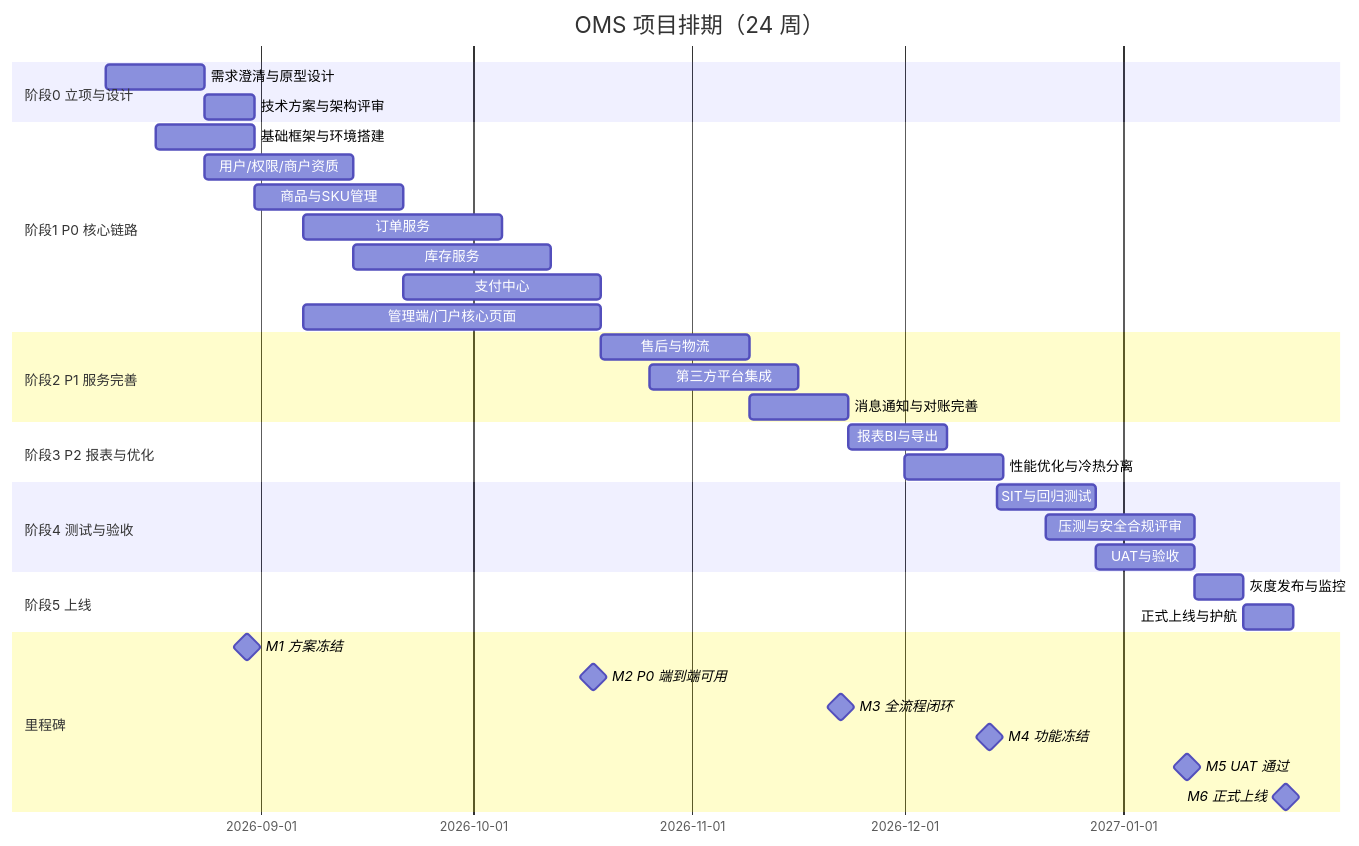
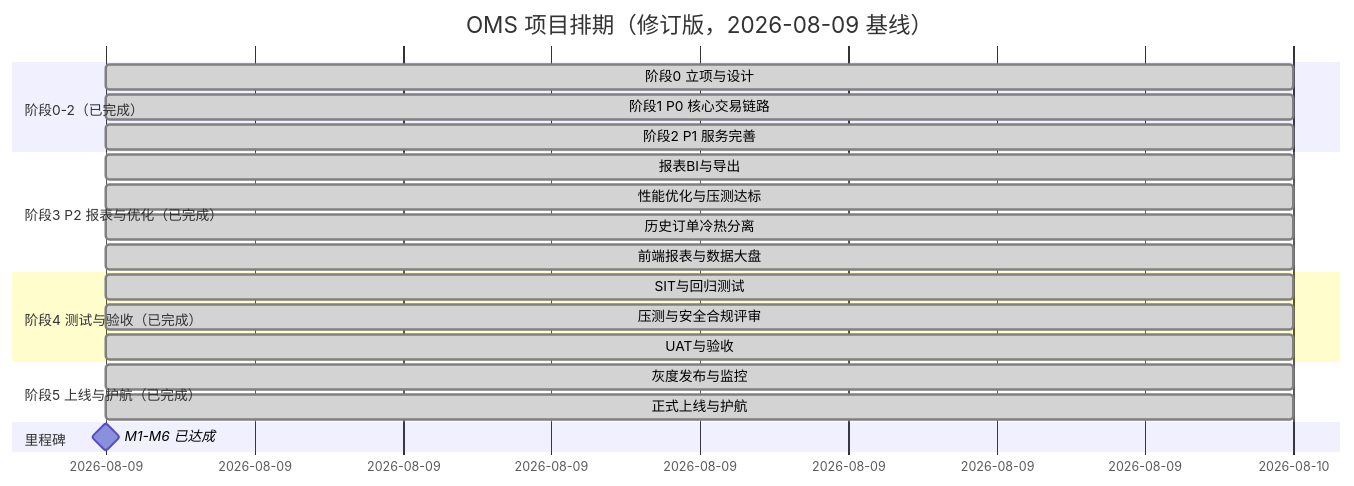
The diagram in SCHEDULE.md (SRLove-git/oms), drawn with Mermaid before and after one commit. The commit also changed other lines of this file and 102 other files, not shown here.

````diff
--- a/SCHEDULE.md
+++ b/SCHEDULE.md
@@ -7,37 +7,23 @@
 ```mermaid
 gantt
-    title OMS 项目排期（24 周）
+    title OMS 项目排期（修订版，2026-08-09 基线）
     dateFormat YYYY-MM-DD
-    section 阶段0 立项与设计
-    需求澄清与原型设计          :s0a, 2026-08-10, 14d
-    技术方案与架构评审          :s0b, after s0a, 7d
-    section 阶段1 P0 核心链路
-    基础框架与环境搭建          :s1a, 2026-08-17, 14d
-    用户/权限/商户资质         :s1b, 2026-08-24, 21d
-    商品与SKU管理             :s1c, 2026-08-31, 21d
-    订单服务                  :s1d, 2026-09-07, 28d
-    库存服务                  :s1e, 2026-09-14, 28d
-    支付中心                  :s1f, 2026-09-21, 28d
-    管理端/门户核心页面        :s1g, 2026-09-07, 42d
-    section 阶段2 P1 服务完善
-    售后与物流                 :s2a, 2026-10-19, 21d
-    第三方平台集成             :s2b, 2026-10-26, 21d
-    消息通知与对账完善          :s2c, 2026-11-09, 14d
-    section 阶段3 P2 报表与优化
-    报表BI与导出              :s3a, 2026-11-23, 14d
-    性能优化与冷热分离          :s3b, 2026-12-01, 14d
-    section 阶段4 测试与验收
-    SIT与回归测试             :s4a, 2026-12-14, 14d
-    压测与安全合规评审          :s4b, 2026-12-21, 21d
-    UAT与验收                :s4c, 2026-12-28, 14d
-    section 阶段5 上线
-    灰度发布与监控             :s5a, 2027-01-11, 7d
-    正式上线与护航             :s5b, 2027-01-18, 7d
+    section 阶段0-2（已完成）
+    阶段0 立项与设计              :done, p0, 2026-08-09, 1d
+    阶段1 P0 核心交易链路          :done, p1, 2026-08-09, 1d
+    阶段2 P1 服务完善              :done, p2, 2026-08-09, 1d
+    section 阶段3 P2 报表与优化（已完成）
+    报表BI与导出                 :done, s3a, 2026-08-09, 1d
+    性能优化与压测达标            :done, s3b, 2026-08-09, 1d
+    历史订单冷热分离              :done, s3c, 2026-08-09, 1d
+    前端报表与数据大盘            :done, s3d, 2026-08-09, 1d
+    section 阶段4 测试与验收（已完成）
+    SIT与回归测试                :done, s4a, 2026-08-09, 1d
+    压测与安全合规评审            :done, s4b, 2026-08-09, 1d
+    UAT与验收                   :done, s4c, 2026-08-09, 1d
+    section 阶段5 上线与护航（已完成）
+    灰度发布与监控               :done, s5a, 2026-08-09, 1d
+    正式上线与护航               :done, s5b, 2026-08-09, 1d
     section 里程碑
-    M1 方案冻结                :milestone, m1, 2026-08-30, 0d
-    M2 P0 端到端可用           :milestone, m2, 2026-10-18, 0d
-    M3 全流程闭环              :milestone, m3, 2026-11-22, 0d
-    M4 功能冻结                :milestone, m4, 2026-12-13, 0d
-    M5 UAT 通过                :milestone, m5, 2027-01-10, 0d
-    M6 正式上线                :milestone, m6, 2027-01-24, 0d
+    M1-M6 已达成                :milestone, m16, 2026-08-09, 0d
 ```
````
